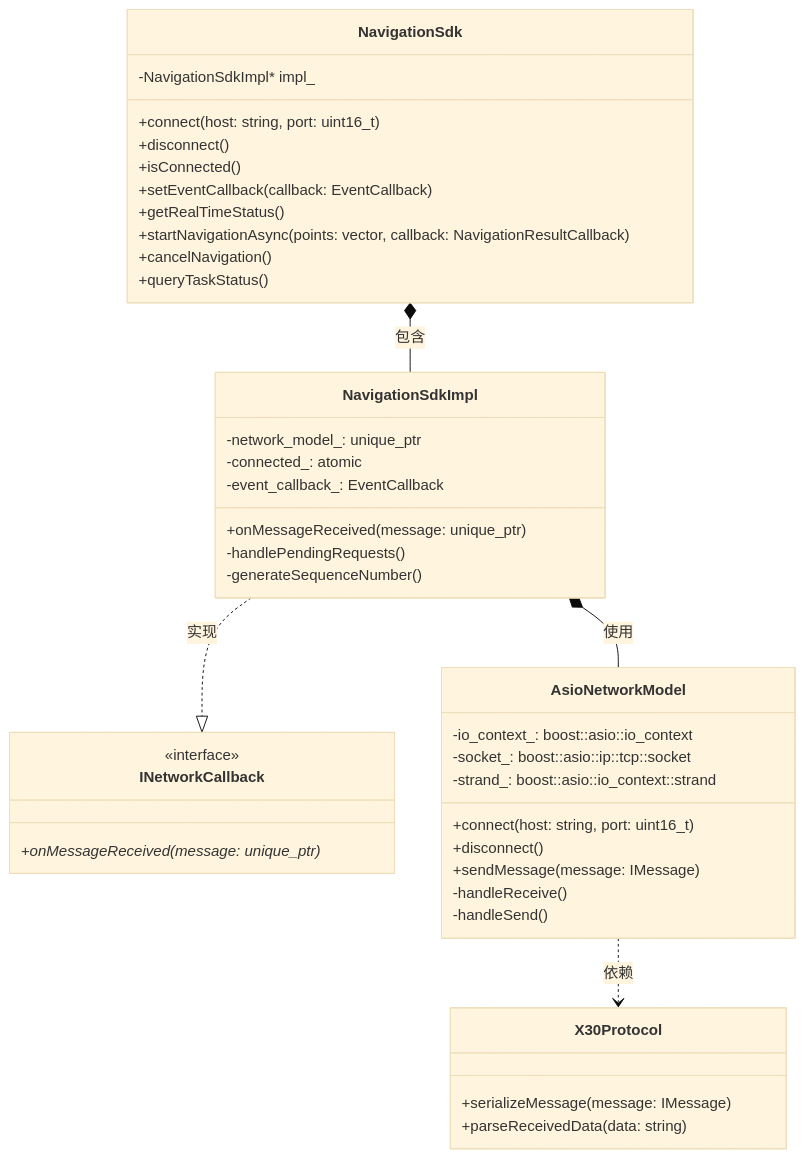
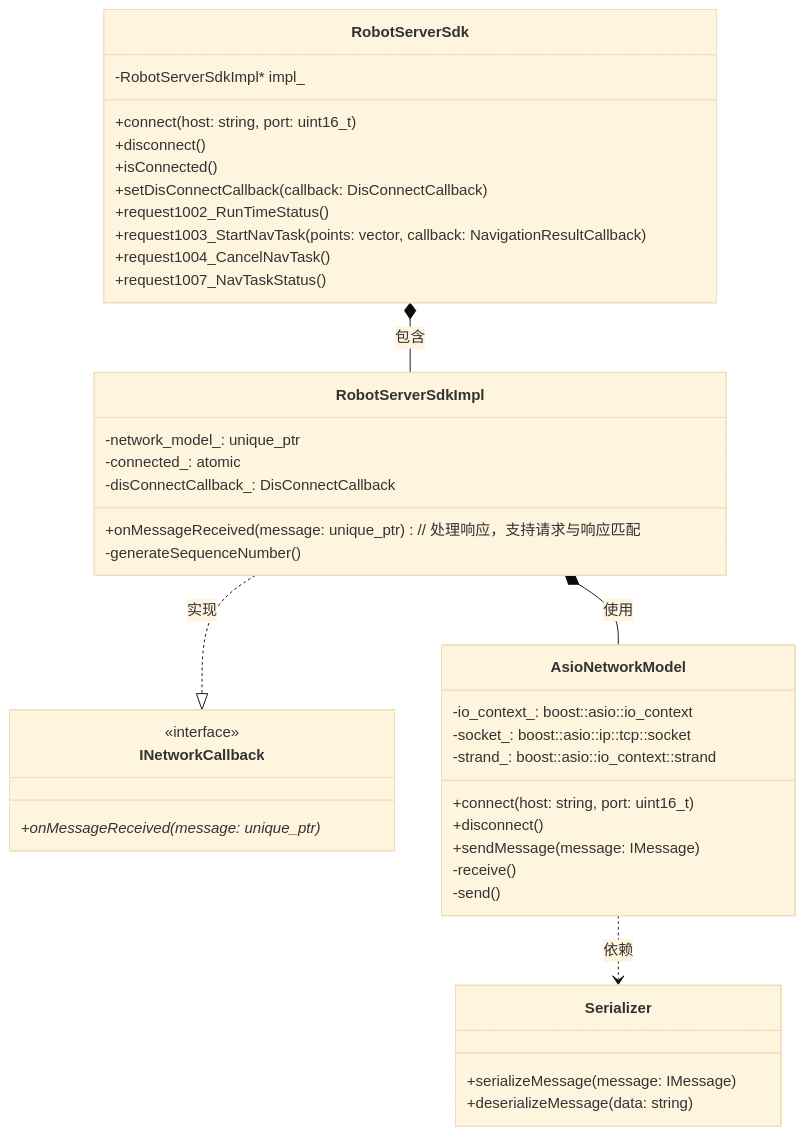
The first of 5 diagrams in docs2/architecture.md (tailu123/x30-nav-sdk), drawn with Mermaid (base theme) before and after one commit. The commit also changed other lines of this file, not shown here.

Commit message:
[none] update docs2/architecture.md

````diff
--- a/docs2/architecture.md
+++ b/docs2/architecture.md
@@ -111,53 +93,51 @@
 ```mermaid
 classDiagram
     %% 接口层
-    class NavigationSdk {
-        -NavigationSdkImpl* impl_
+    class RobotServerSdk {
+        -RobotServerSdkImpl* impl_
         +connect(host: string, port: uint16_t)
         +disconnect()
         +isConnected()
-        +setEventCallback(callback: EventCallback)
-        +getRealTimeStatus()
-        +startNavigationAsync(points: vector<NavigationPoint>, callback: NavigationResultCallback)
-        +cancelNavigation()
-        +queryTaskStatus()
+        +setDisConnectCallback(callback: DisConnectCallback)
+        +request1002_RunTimeStatus()
+        +request1003_StartNavTask(points: vector<NavigationPoint>, callback: NavigationResultCallback)
+        +request1004_CancelNavTask()
+        +request1007_NavTaskStatus()
     }
 
-    %% 实现层
-    class NavigationSdkImpl {
+    class RobotServerSdkImpl {
         -network_model_: unique_ptr<AsioNetworkModel>
         -connected_: atomic<bool>
-        -event_callback_: EventCallback
-        +onMessageReceived(message: unique_ptr<IMessage>)
-        -handlePendingRequests()
+        -disConnectCallback_: DisConnectCallback
+        +onMessageReceived(message: unique_ptr<IMessage>) // 处理响应，支持请求与响应匹配
         -generateSequenceNumber()
     }
 
-    %% 网络层
+    %% 通信层
     class INetworkCallback {
         <<interface>>
         +onMessageReceived(message: unique_ptr<IMessage>)*
     }
 
     class AsioNetworkModel {
         -io_context_: boost::asio::io_context
         -socket_: boost::asio::ip::tcp::socket
         -strand_: boost::asio::io_context::strand
         +connect(host: string, port: uint16_t)
         +disconnect()
         +sendMessage(message: IMessage)
-        -handleReceive()
-        -handleSend()
+        -receive()
+        -send()
     }
 
-    class X30Protocol {
+    class Serializer {
         +serializeMessage(message: IMessage)
-        +parseReceivedData(data: string)
+        +deserializeMessage(data: string)
     }
 
     %% 关系定义
-    NavigationSdk *-- NavigationSdkImpl : 包含
-    NavigationSdkImpl ..|> INetworkCallback : 实现
-    NavigationSdkImpl *-- AsioNetworkModel : 使用
-    AsioNetworkModel ..> X30Protocol : 依赖
+    RobotServerSdk *-- RobotServerSdkImpl : 包含
+    RobotServerSdkImpl ..|> INetworkCallback : 实现
+    RobotServerSdkImpl *-- AsioNetworkModel : 使用
+    AsioNetworkModel ..> Serializer : 依赖
 ```
````
